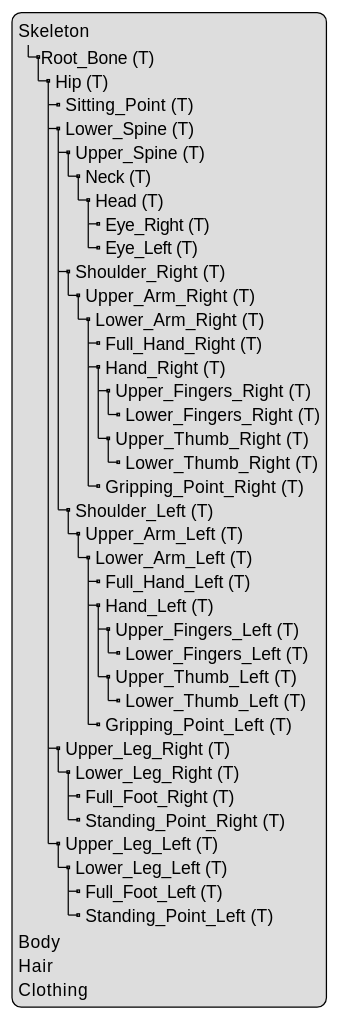
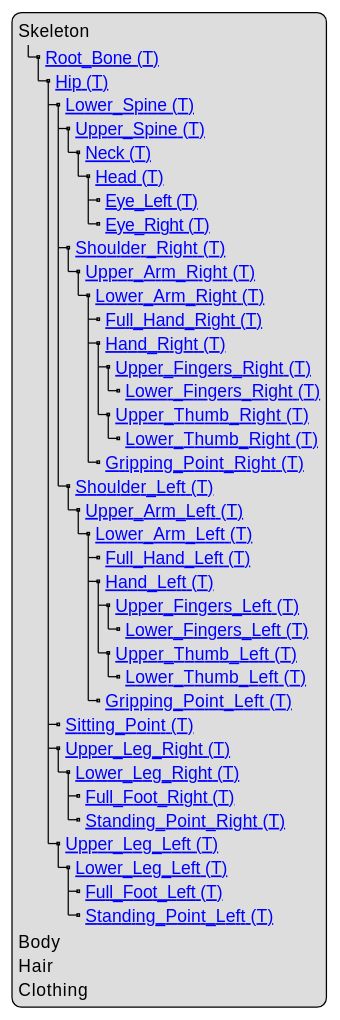
The diagram in content/geometry/object-human/human-model-structure.adoc (asam-ev/OpenMATERIAL), drawn with PlantUML before and after one commit. The commit also changed other lines of this file and 2 other files, not shown here.

Commit message:
Update structure overiew topics (for internal review) according to issue 147

```diff
--- a/content/geometry/object-human/human-model-structure.adoc
+++ b/content/geometry/object-human/human-model-structure.adoc
@@ -5,46 +5,46 @@
 [plantuml]
 ----
 legend
 Skeleton
-|_Root_Bone (T)
-  |_ Hip (T)
-    |_ Sitting_Point (T)
-    |_ Lower_Spine (T)
-      |_ Upper_Spine (T)
-        |_ Neck (T)
-          |_ Head (T)
-            |_ Eye_Right (T)
-            |_ Eye_Left (T)
-      |_ Shoulder_Right (T)
-        |_ Upper_Arm_Right (T)
-          |_ Lower_Arm_Right (T)
-            |_ Full_Hand_Right (T)
-            |_ Hand_Right (T)
-              |_ Upper_Fingers_Right (T)
-                |_ Lower_Fingers_Right (T)
-              |_ Upper_Thumb_Right (T)
-                |_ Lower_Thumb_Right (T)
-            |_ Gripping_Point_Right (T)
-      |_ Shoulder_Left (T)
-        |_ Upper_Arm_Left (T)
-          |_ Lower_Arm_Left (T)
-            |_ Full_Hand_Left (T)
-            |_ Hand_Left (T)
-              |_ Upper_Fingers_Left (T)
-                |_ Lower_Fingers_Left (T)
-              |_ Upper_Thumb_Left (T)
-                |_ Lower_Thumb_Left (T)
-            |_ Gripping_Point_Left (T)
-    |_ Upper_Leg_Right (T)
-      |_ Lower_Leg_Right (T)
-        |_ Full_Foot_Right (T)
-        |_ Standing_Point_Right (T)
-    |_ Upper_Leg_Left (T)
-      |_ Lower_Leg_Left (T)
-        |_ Full_Foot_Left (T)
-        |_ Standing_Point_Left (T)
+|_ [[../geometry/object-classes.html#_root_bone_t Root_Bone (T)]]
+  |_ [[../geometry/object-classes.html#_hip_t Hip (T)]]
+    |_ [[../geometry/object-classes.html#_lower_spine_t Lower_Spine (T)]]
+      |_ [[../geometry/object-classes.html#_upper_spine_t Upper_Spine (T)]]
+        |_ [[../geometry/object-classes.html#_neck_t Neck (T)]]
+          |_ [[../geometry/object-classes.html#_head_t Head (T)]]
+            |_ [[../geometry/object-classes.html#_eye_left_t Eye_Left (T)]]
+            |_ [[../geometry/object-classes.html#_eye_right_t Eye_Right (T)]]
+      |_ [[../geometry/object-classes.html#_shoulder_right_t Shoulder_Right (T)]]
+        |_ [[../geometry/object-classes.html#_upper_arm_right_t Upper_Arm_Right (T)]]
+          |_ [[../geometry/object-classes.html#_lower_arm_right_t Lower_Arm_Right (T)]]
+            |_ [[../geometry/object-classes.html#_full_hand_right_t Full_Hand_Right (T)]]
+            |_ [[../geometry/object-classes.html#_hand_right_t Hand_Right (T)]]
+              |_ [[../geometry/object-classes.html#_hand_right_t Upper_Fingers_Right (T)]]
+                |_ [[../geometry/object-classes.html#_lower_fingers_right_t Lower_Fingers_Right (T)]]
+              |_ [[../geometry/object-classes.html#_upper_thumb_right_t Upper_Thumb_Right (T)]]
+                |_ [[../geometry/object-classes.html#_lower_thumb_right_t Lower_Thumb_Right (T)]]
+            |_ [[../geometry/object-classes.html#_gripping_point_right_t Gripping_Point_Right (T)]]
+      |_ [[../geometry/object-classes.html#_shoulder_left_t Shoulder_Left (T)]]
+        |_ [[../geometry/object-classes.html#_upper_arm_left_t Upper_Arm_Left (T)]]
+          |_ [[../geometry/object-classes.html#_lower_arm_left_t Lower_Arm_Left (T)]]
+            |_ [[../geometry/object-classes.html#_full_hand_left_t Full_Hand_Left (T)]]
+            |_ [[../geometry/object-classes.html#_hand_left_t Hand_Left (T)]]
+              |_ [[../geometry/object-classes.html#_upper_fingers_left_t Upper_Fingers_Left (T)]]
+                |_ [[../geometry/object-classes.html#_lower_fingers_left_t Lower_Fingers_Left (T)]]
+              |_ [[../geometry/object-classes.html#_upper_thumb_left_t Upper_Thumb_Left (T)]]
+                |_ [[../geometry/object-classes.html#_lower_thumb_left_t Lower_Thumb_Left (T)]]
+            |_ [[../geometry/object-classes.html#_gripping_point_left_t Gripping_Point_Left (T)]]
+    |_ [[../geometry/object-classes.html#_sitting_point_t Sitting_Point (T)]]
+    |_ [[../geometry/object-classes.html#_upper_leg_right_t Upper_Leg_Right (T)]]
+      |_ [[../geometry/object-classes.html#_lower_leg_right_t Lower_Leg_Right (T)]]
+        |_ [[../geometry/object-classes.html#_full_foot_right_t Full_Foot_Right (T)]]
+        |_ [[../geometry/object-classes.html#_standing_point_right_t Standing_Point_Right (T)]]
+    |_ [[../geometry/object-classes.html#_upper_leg_left_t Upper_Leg_Left (T)]]
+      |_ [[../geometry/object-classes.html#_lower_leg_left_t Lower_Leg_Left (T)]]
+        |_ [[../geometry/object-classes.html#_full_foot_left_t Full_Foot_Left (T)]]
+        |_ [[../geometry/object-classes.html#_standing_point_left_t Standing_Point_Left (T)]]
 Body
 Hair
 Clothing
 end legend
 ----
```
